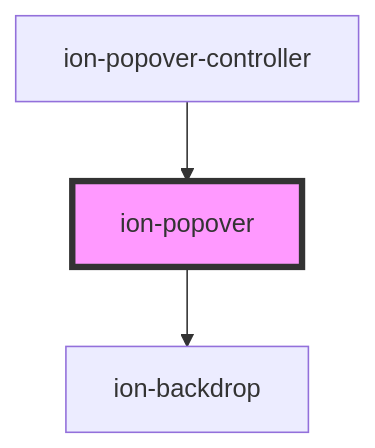
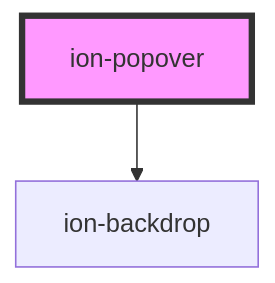
One commit to ionic-team/ionic-framework changed the diagram in core/src/components/popover/readme.md. Above: the diagram before and after it, drawn with Mermaid. The commit also changed other lines of this file and 31 other files, not shown here.

````diff
--- a/core/src/components/popover/readme.md
+++ b/core/src/components/popover/readme.md
@@ -194,6 +190,5 @@
 ```mermaid
 graph TD;
   ion-popover --> ion-backdrop
-  ion-popover-controller --> ion-popover
   style ion-popover fill:#f9f,stroke:#333,stroke-width:4px
 ```
````
